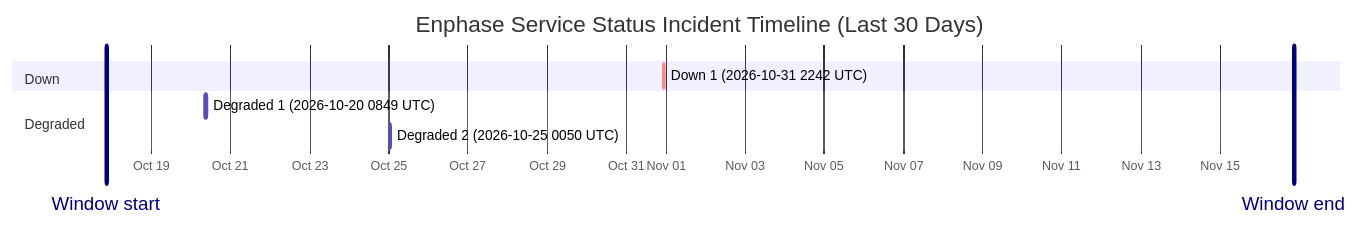
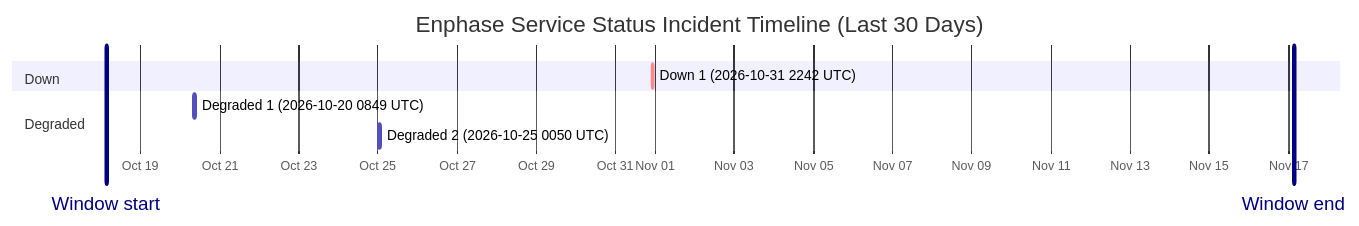
One commit to barneyonline/ha-enphase-energy changed the diagram in wiki/Service-Status-History.md. Above: the diagram before and after it, drawn with Mermaid. The commit also changed other lines of this file and 3 other files, not shown here.

````diff
--- a/wiki/Service-Status-History.md
+++ b/wiki/Service-Status-History.md
@@ -14,13 +14,13 @@
 ```mermaid
 gantt
     title Enphase Service Status Incident Timeline (Last 30 Days)
     dateFormat  YYYY-MM-DDTHH:mm:ss
     axisFormat  %b %d
-    Window start :vert, window-start, 2026-10-17T20:48:04, 0ms
-    Window end :vert, window-end, 2026-11-16T20:48:04, 0ms
+    Window start :vert, window-start, 2026-10-18T03:24:05, 0ms
+    Window end :vert, window-end, 2026-11-17T03:24:05, 0ms
     section Down
     Down 1 (2026-10-31 2242 UTC) :crit, down-1, 2026-10-31T22:42:18, 60m
     section Degraded
     Degraded 1 (2026-10-20 0849 UTC) :active, degraded-1, 2026-10-20T08:49:49, 60m
     Degraded 2 (2026-10-25 0050 UTC) :active, degraded-2, 2026-10-25T00:50:01, 60m
 ```
````
